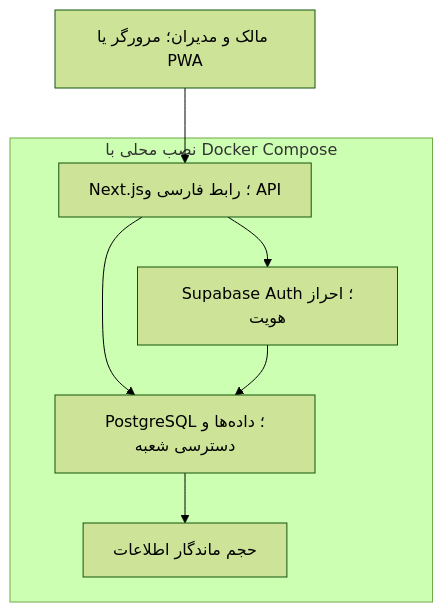
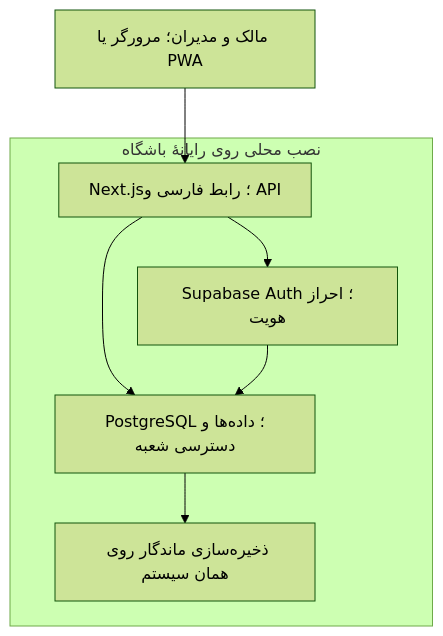
The diagram in README.md (erfand39/tennis-club-os), drawn with Mermaid (forest theme) before and after one commit. The commit also changed other lines of this file and 57 other files, not shown here.

````diff
--- a/README.md
+++ b/README.md
@@ -167,10 +189,10 @@
 ```mermaid
 flowchart TD
     A["مالک و مدیران؛ مرورگر یا PWA"] --> B["Next.js؛ رابط فارسی و API"]
-    subgraph Local["نصب محلی با Docker Compose"]
+    subgraph Local["نصب محلی روی رایانهٔ باشگاه"]
       B --> C["Supabase Auth؛ احراز هویت"]
       B --> D["PostgreSQL؛ داده‌ها و دسترسی شعبه"]
       C --> D
-      D --> E["حجم ماندگار اطلاعات"]
+      D --> E["ذخیره‌سازی ماندگار روی همان سیستم"]
     end
 ```
````
